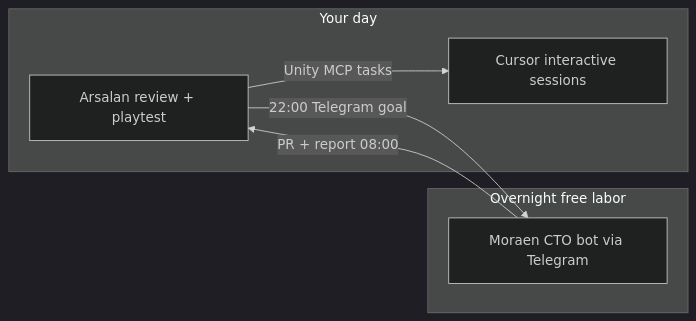
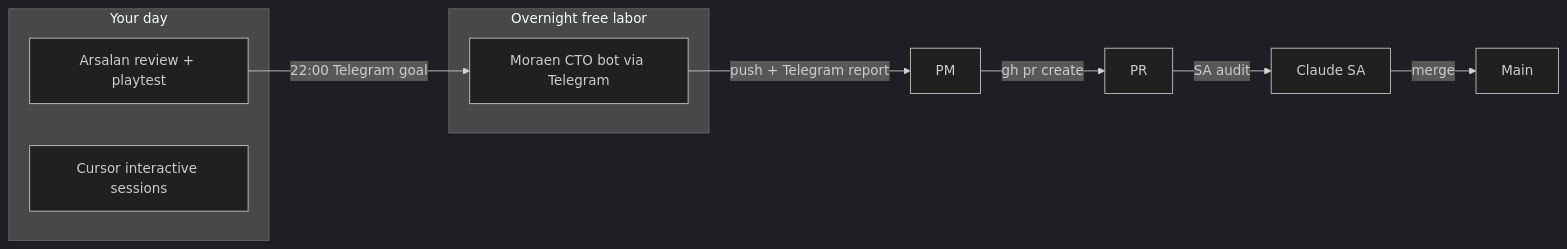
The second of 3 diagrams in docs/tech/dev-workflow.md (appopoleisStudios/karjat-farms), drawn with Mermaid (dark theme) before and after one commit. The commit also changed other lines of this file and 6 other files, not shown here.

````diff
--- a/docs/tech/dev-workflow.md
+++ b/docs/tech/dev-workflow.md
@@ -79,13 +79,15 @@
 ```mermaid
 flowchart LR
   subgraph day [Your day]
     You[Arsalan review + playtest]
     CursorS[Cursor interactive sessions]
   end
   subgraph night [Overnight free labor]
     Moraen[Moraen CTO bot via Telegram]
   end
   You -->|22:00 Telegram goal| Moraen
-  Moraen -->|PR + report 08:00| You
-  You -->|Unity MCP tasks| CursorS
+  Moraen -->|push + Telegram report| PM
+  PM -->|gh pr create| PR
+  PR -->|SA audit| SA[Claude SA]
+  SA -->|merge| Main
 ```
````
